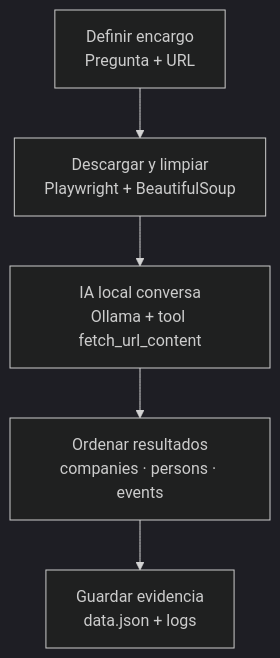
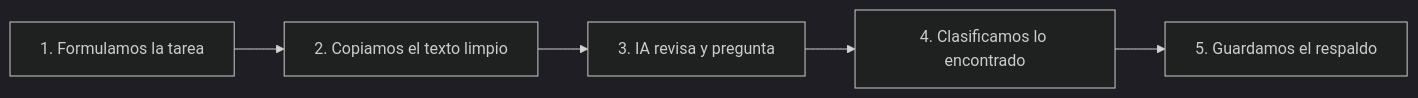
One commit to gamejiaminenergia/observatorio_regulatorio_test_ia_local changed the diagram in README.md. Above: the diagram before and after it, drawn with Mermaid (dark theme). The commit also changed other lines of this file, not shown here.

````diff
--- a/README.md
+++ b/README.md
@@ -38,7 +38,7 @@
 ```mermaid
-graph TD
-  A[Definir encargo\nPregunta + URL] --> B[Descargar y limpiar\nPlaywright + BeautifulSoup]
-  B --> C[IA local conversa\nOllama + tool fetch_url_content]
-  C --> D[Ordenar resultados\ncompanies · persons · events]
-  D --> E[Guardar evidencia\ndata.json + logs]
+graph LR
+  A[1. Formulamos la tarea] --> B[2. Copiamos el texto limpio]
+  B --> C[3. IA revisa y pregunta]
+  C --> D[4. Clasificamos lo encontrado]
+  D --> E[5. Guardamos el respaldo]
 ```
````
